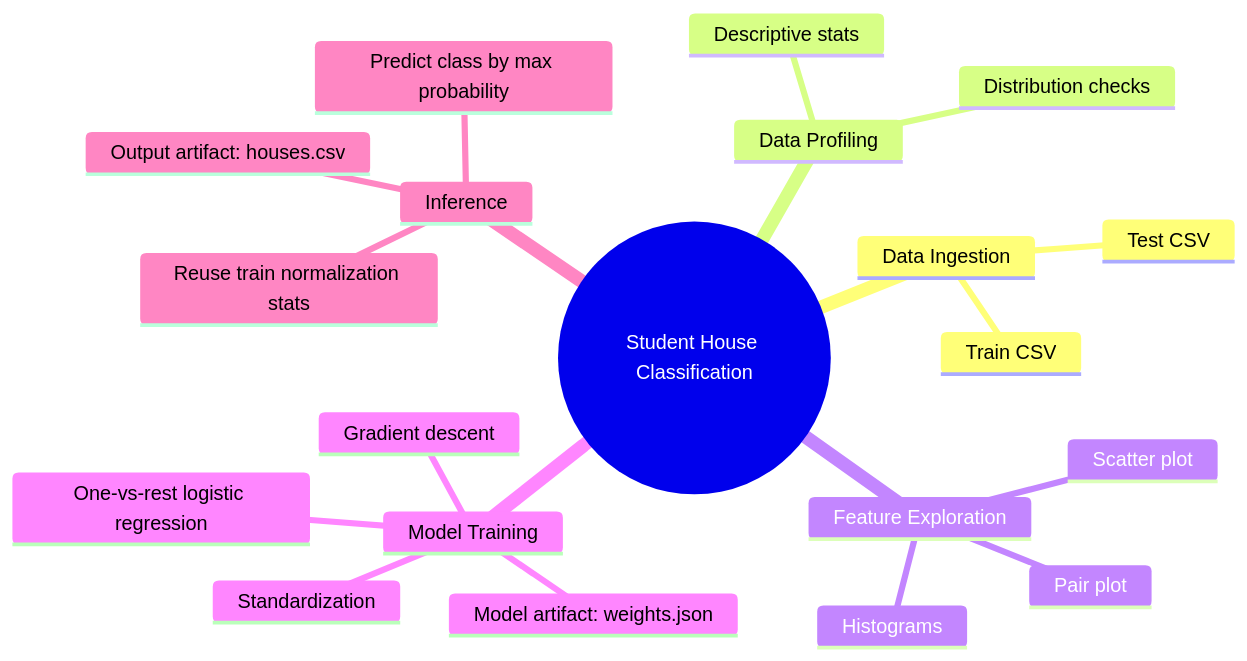
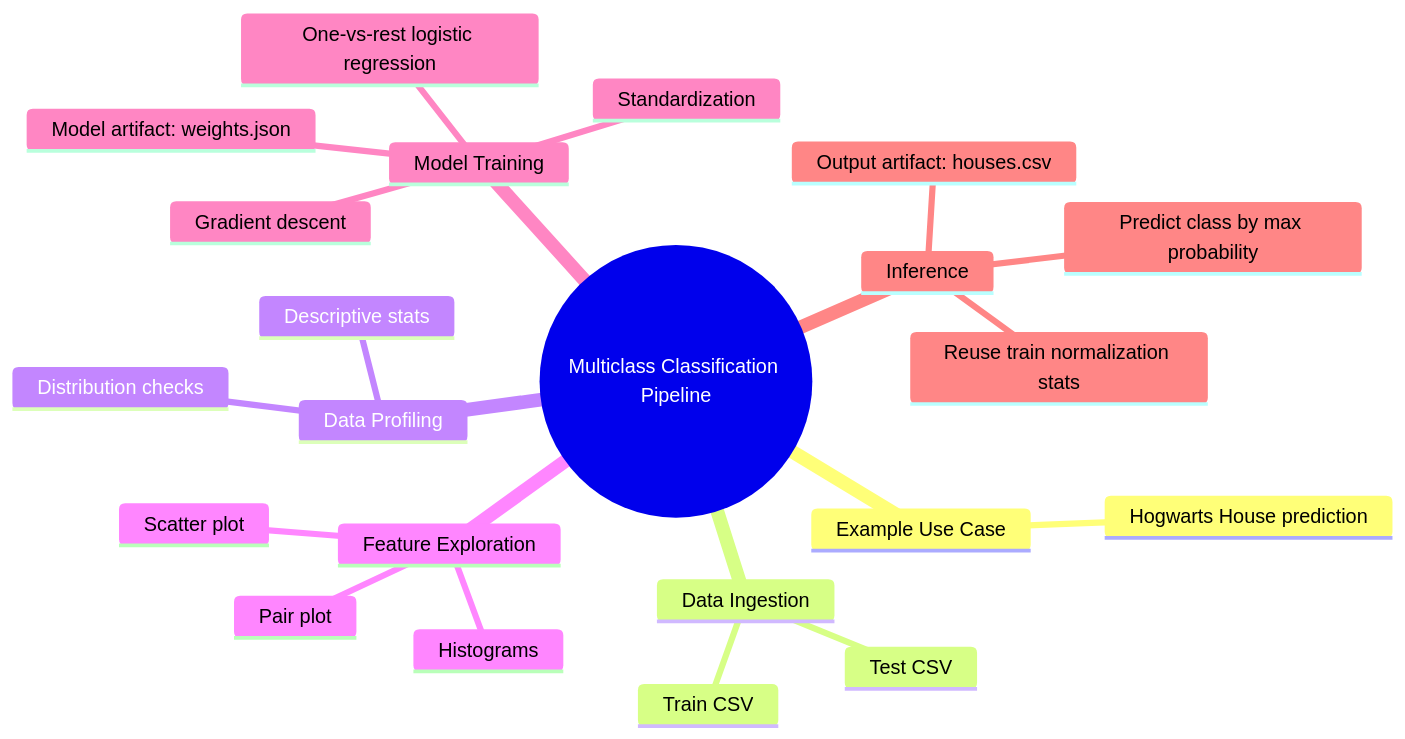
One commit to raveriss/dslr changed the diagram in README.md. Above: the diagram before and after it, drawn with Mermaid. The commit also changed other lines of this file, not shown here.

````diff
--- a/README.md
+++ b/README.md
@@ -46,23 +50,25 @@
 ```mermaid
 mindmap
-  root((Student House Classification))
+  root((Multiclass Classification Pipeline))
+    Example Use Case
+      Hogwarts House prediction
     Data Ingestion
       Train CSV
       Test CSV
     Data Profiling
       Descriptive stats
       Distribution checks
     Feature Exploration
       Histograms
       Scatter plot
       Pair plot
     Model Training
       Standardization
       One-vs-rest logistic regression
       Gradient descent
       Model artifact: weights.json
     Inference
       Reuse train normalization stats
       Predict class by max probability
       Output artifact: houses.csv
 ```
````
